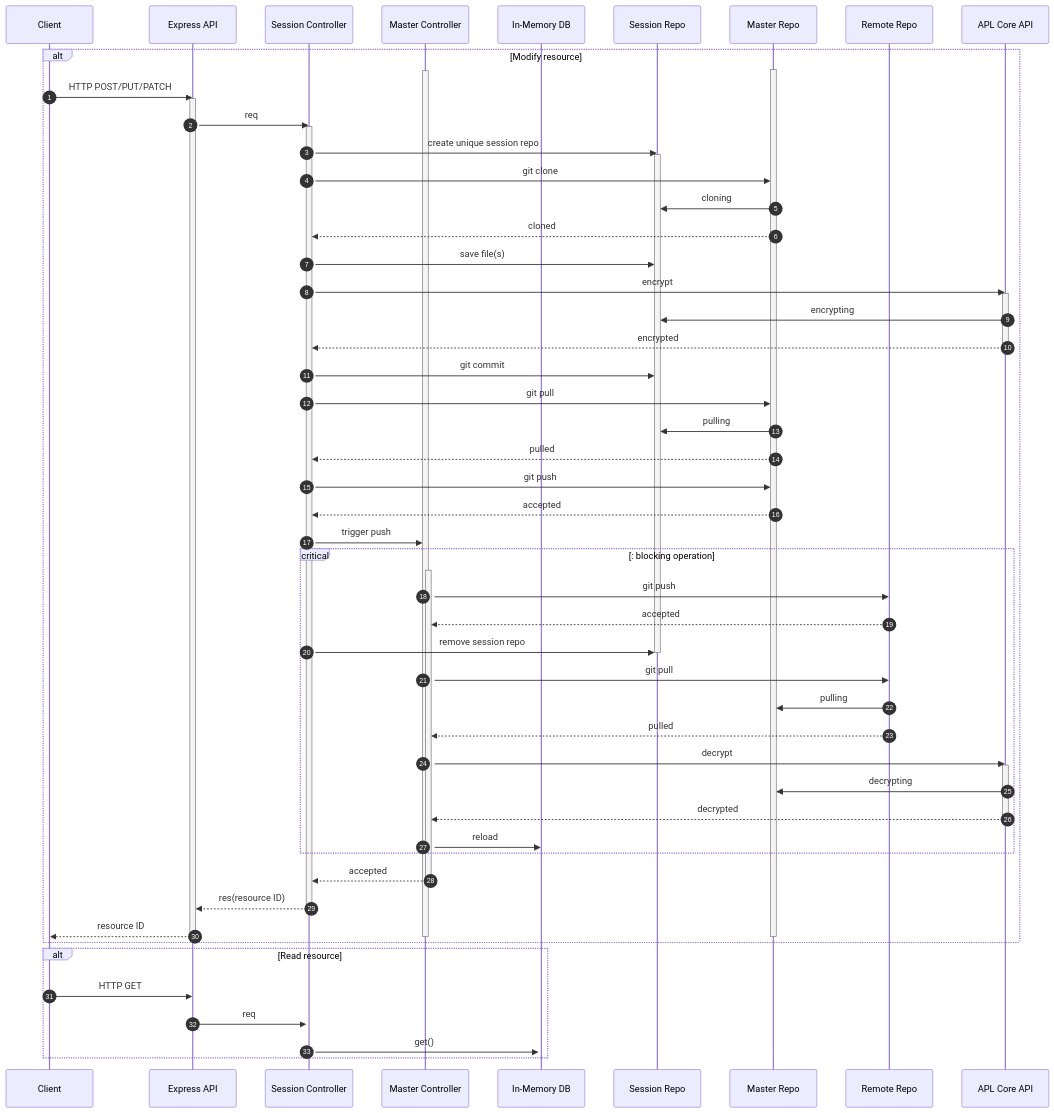
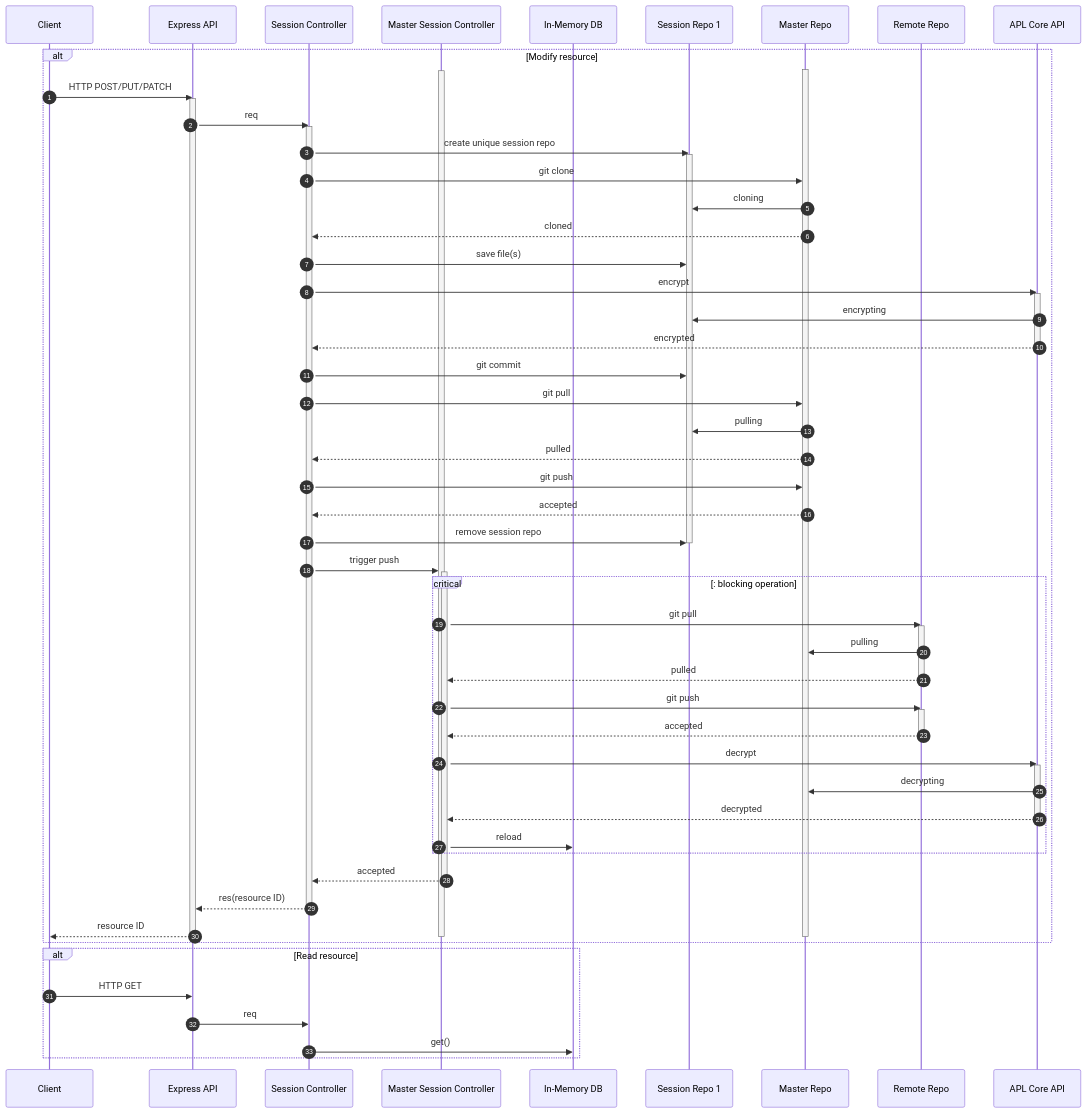
Before and after one commit to linode/apl-api: the diagram in docs/gitops.md, drawn with Mermaid.

Commit message:
docs: rest api and gitops

````diff
--- a/docs/gitops.md
+++ b/docs/gitops.md
@@ -7,70 +7,74 @@
 ```mermaid
 sequenceDiagram
     autonumber
     participant Client as Client
     participant API as Express API
     participant SC as Session Controller
-    participant MC as Master Controller
+    participant MC as Master Session Controller
     participant IMDB as In-Memory DB
-    participant SR as Session Repo
+    participant SR as Session Repo 1
     participant MR as Master Repo
     participant RR as Remote Repo
     participant ACA as APL Core API
 
 alt Modify resource
     activate MR
     activate MC
     Client->>API: HTTP POST/PUT/PATCH
     activate API
     API->>SC: req
     activate SC
     SC->>SR: create unique session repo
     activate SR
     SC->>MR: git clone
     MR->>SR: cloning
     MR-->>SC: cloned
     SC->>SR: save file(s)
     SC->>ACA: encrypt
     activate ACA
     ACA->>SR: encrypting
     ACA-->>SC: encrypted
     deactivate ACA
     SC->>SR: git commit
     SC->>MR: git pull
     MR->>SR: pulling
     MR-->>SC: pulled
     SC->>MR: git push
     MR-->>SC: accepted
-    SC->>MC: trigger push
-    critical: blocking operation
-    activate MC
-    MC->>RR: git push
-    RR-->>MC: accepted
     SC->>SR: remove session repo
     deactivate SR
+    SC->>MC: trigger push
+    activate MC
+    critical: blocking operation
     MC->>RR: git pull
+    activate RR
     RR->>MR: pulling
     RR-->>MC: pulled
+    deactivate RR
+    MC->>RR: git push
+    activate RR
+    RR-->>MC: accepted
+    deactivate RR
     MC->>ACA: decrypt
     activate ACA
     ACA->>MR: decrypting
     ACA-->>MC: decrypted
     deactivate ACA
     MC->>IMDB: reload
     end
     MC-->>SC: accepted
     deactivate MC
     SC-->>API: res(resource ID)
     deactivate SC
     API-->>Client: resource ID
     deactivate API
     deactivate MR
     deactivate MC
 end
 
 alt Read resource
     Client->>API: HTTP GET
-    API->>+SC: req
-    SC->>+IMDB: get()
+    API->>SC: req
+    SC->>IMDB: get()
 end
 ```
````
